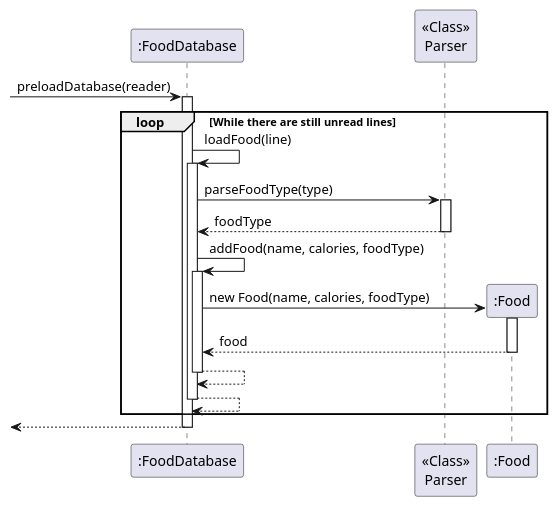
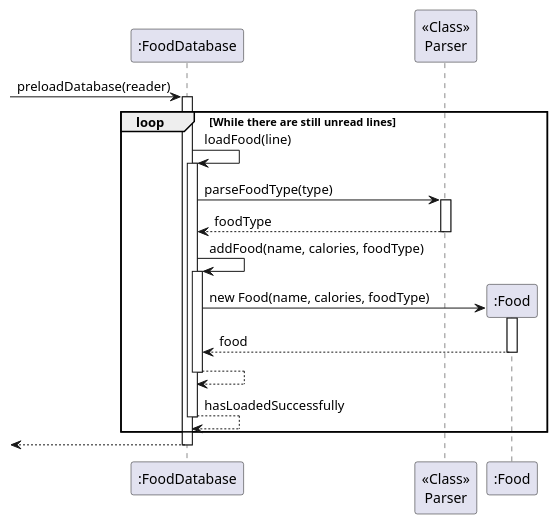
One commit to praj-bellakka/tp changed the diagram in docs/diagrams-DG/FoodDatabase_preloadDatabase_Seq.puml. Above: the diagram before and after it, drawn with PlantUML. The commit also changed 3 other files, not shown here.

Commit message:
Update sequence diagrams

```diff
--- a/docs/diagrams-DG/FoodDatabase_preloadDatabase_Seq.puml
+++ b/docs/diagrams-DG/FoodDatabase_preloadDatabase_Seq.puml
@@ -1,29 +1,29 @@
 @startuml
 'https://plantuml.com/sequence-diagram
 
 -> ":FoodDatabase": preloadDatabase(reader)
 activate ":FoodDatabase"
 
 loop While there are still unread lines
     ":FoodDatabase" -> ":FoodDatabase": loadFood(line)
     activate ":FoodDatabase"
 
     ":FoodDatabase" -> "<<Class>>\nParser": parseFoodType(type)
     activate "<<Class>>\nParser"
     return foodType
 
     ":FoodDatabase" -> ":FoodDatabase": addFood(name, calories, foodType)
     activate ":FoodDatabase"
     create ":Food"
     ":FoodDatabase" -> ":Food": new Food(name, calories, foodType)
     activate ":Food"
     return food
 
     return
 
-return
+return hasLoadedSuccessfully
 
 end
 
 return
 @enduml
```
